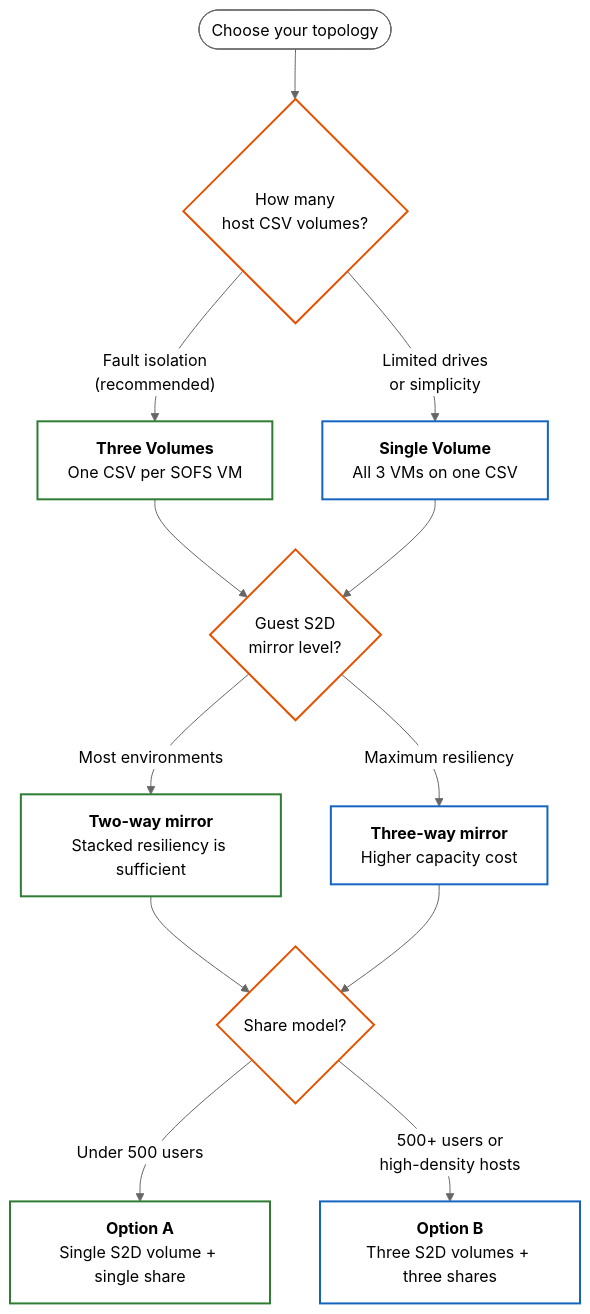
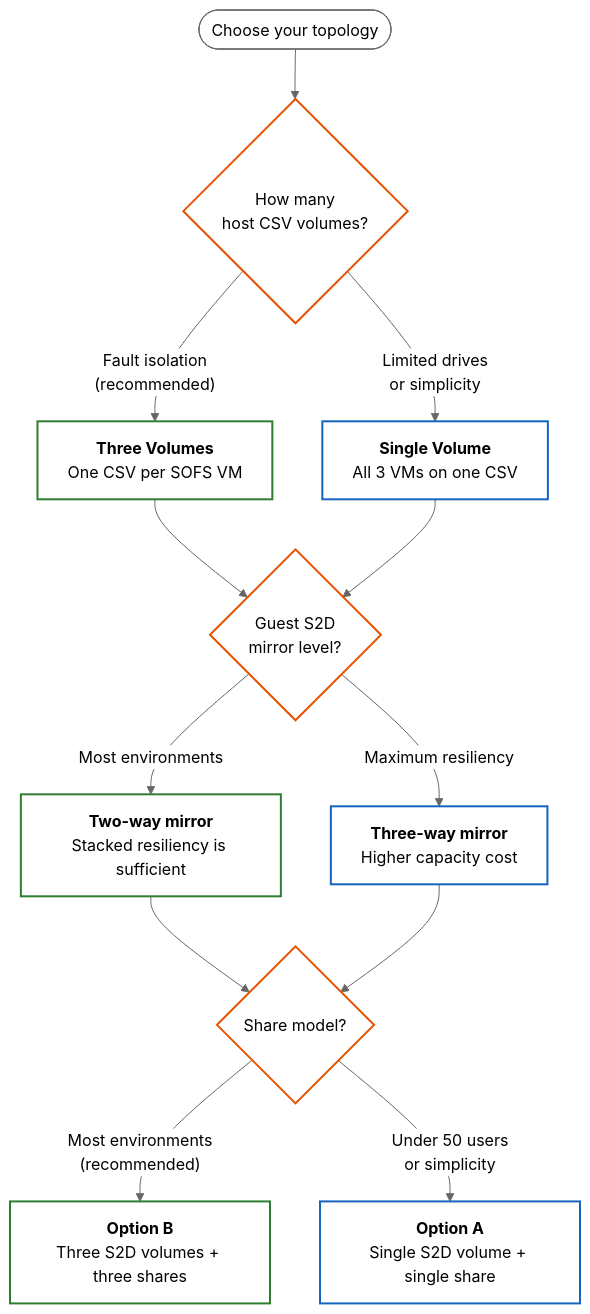
Before and after one commit to AzureLocal/azurelocal-sofs-fslogix: the first of 2 diagrams in docs/architecture/overview.md, drawn with Mermaid. The commit also changed other lines of this file, not shown here.

First line of the commit message:
docs: recommend Option B (three shares) as default share model

````diff
--- a/docs/architecture/overview.md
+++ b/docs/architecture/overview.md
@@ -19,30 +19,30 @@
 ```mermaid
 %%{init: {'theme': 'base', 'themeVariables': {'primaryColor': '#fff', 'primaryTextColor': '#000', 'lineColor': '#666', 'primaryBorderColor': '#666'}}}%%
 flowchart TD
     Start(["Choose your topology"]) --> D1{"How many<br/>host CSV volumes?"}
     D1 -->|"Fault isolation<br/>(recommended)"| ThreeVol["<b>Three Volumes</b><br/>One CSV per SOFS VM"]
     D1 -->|"Limited drives<br/>or simplicity"| OneVol["<b>Single Volume</b><br/>All 3 VMs on one CSV"]
 
     ThreeVol --> D2{"Guest S2D<br/>mirror level?"}
     OneVol --> D2
 
     D2 -->|"Most environments"| TwoWay["<b>Two-way mirror</b><br/>Stacked resiliency is sufficient"]
     D2 -->|"Maximum resiliency"| ThreeWay["<b>Three-way mirror</b><br/>Higher capacity cost"]
 
     TwoWay --> D3{"Share model?"}
     ThreeWay --> D3
 
-    D3 -->|"Under 500 users"| OptA["<b>Option A</b><br/>Single S2D volume + single share"]
-    D3 -->|"500+ users or<br/>high-density hosts"| OptB["<b>Option B</b><br/>Three S2D volumes + three shares"]
+    D3 -->|"Most environments<br/>(recommended)"| OptB["<b>Option B</b><br/>Three S2D volumes + three shares"]
+    D3 -->|"Under 50 users<br/>or simplicity"| OptA["<b>Option A</b><br/>Single S2D volume + single share"]
 
     style Start fill:#fff,stroke:#666,color:#000
     style D1 fill:#fff,stroke:#e65100,color:#000,stroke-width:2px
     style D2 fill:#fff,stroke:#e65100,color:#000,stroke-width:2px
     style D3 fill:#fff,stroke:#e65100,color:#000,stroke-width:2px
     style ThreeVol fill:#fff,stroke:#2e7d32,color:#000,stroke-width:2px
     style OneVol fill:#fff,stroke:#1565c0,color:#000,stroke-width:2px
     style TwoWay fill:#fff,stroke:#2e7d32,color:#000,stroke-width:2px
     style ThreeWay fill:#fff,stroke:#1565c0,color:#000,stroke-width:2px
-    style OptA fill:#fff,stroke:#2e7d32,color:#000,stroke-width:2px
-    style OptB fill:#fff,stroke:#1565c0,color:#000,stroke-width:2px
+    style OptB fill:#fff,stroke:#2e7d32,color:#000,stroke-width:2px
+    style OptA fill:#fff,stroke:#1565c0,color:#000,stroke-width:2px
 ```
````
